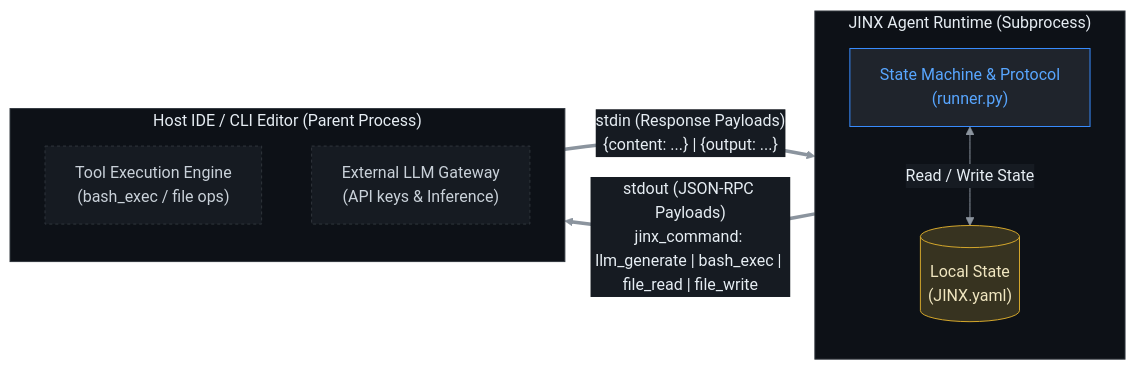
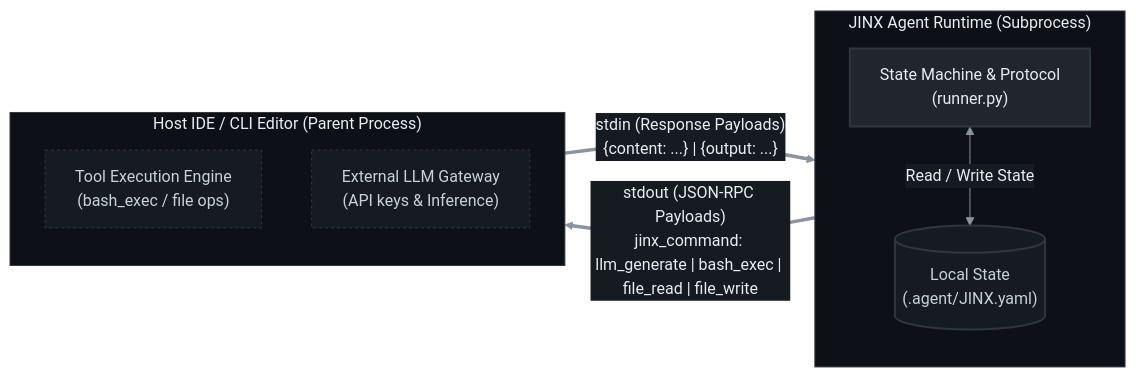
The first of 5 diagrams in README.md (machinegpt/agent), drawn with Mermaid before and after one commit. The commit also changed other lines of this file and 8 other files, not shown here.

````diff
--- a/README.md
+++ b/README.md
@@ -22,25 +22,25 @@
 ```mermaid
 %%{init: {'theme': 'base', 'themeVariables': {"darkMode": true, "background": "#0d1117", "primaryColor": "#21262d", "primaryTextColor": "#e6edf3", "primaryBorderColor": "#8b949e", "lineColor": "#8b949e", "textColor": "#e6edf3", "edgeLabelBackground": "#161b22", "mainBkg": "#21262d", "nodeBorder": "#8b949e", "nodeTextColor": "#e6edf3"}}}%%
-graph LR
+flowchart LR
     classDef sub fill:#161b22,stroke:#30363d,stroke-dasharray: 3 3,color:#c9d1d9;
-    classDef state fill:#1f242c,stroke:#388bfd,color:#58a6ff;
-    classDef yaml fill:#373320,stroke:#d4a72c,color:#f0e6c0;
+    classDef state fill:#21262d,stroke:#30363d,stroke-width:2px,color:#e6edf3;
+    classDef yaml fill:#161b22,stroke:#30363d,stroke-width:2px,color:#c9d1d9;
 
     subgraph JINX["JINX Agent Runtime (Subprocess)"]
         direction TB
         SM["State Machine & Protocol<br/>(runner.py)"]:::state
-        DB[("Local State<br/>(JINX.yaml)")]:::yaml
+        DB[("Local State<br/>(.agent/JINX.yaml)")]:::yaml
         SM <-->|"Read / Write State"| DB
     end
     style JINX fill:#0d1117,stroke:#30363d,color:#e6edf3
 
     subgraph HOST["Host IDE / CLI Editor (Parent Process)"]
         direction TB
         EXE["Tool Execution Engine<br/>(bash_exec / file ops)"]:::sub
         LLM["External LLM Gateway<br/>(API keys & Inference)"]:::sub
     end
     style HOST fill:#0d1117,stroke:#30363d,color:#e6edf3
 
     SM ==>|"stdout (JSON-RPC Payloads)<br/>jinx_command: llm_generate | bash_exec | file_read | file_write"| HOST
     HOST ==>|"stdin (Response Payloads)<br/>{content: ...} | {output: ...}"| SM
 ```
````
